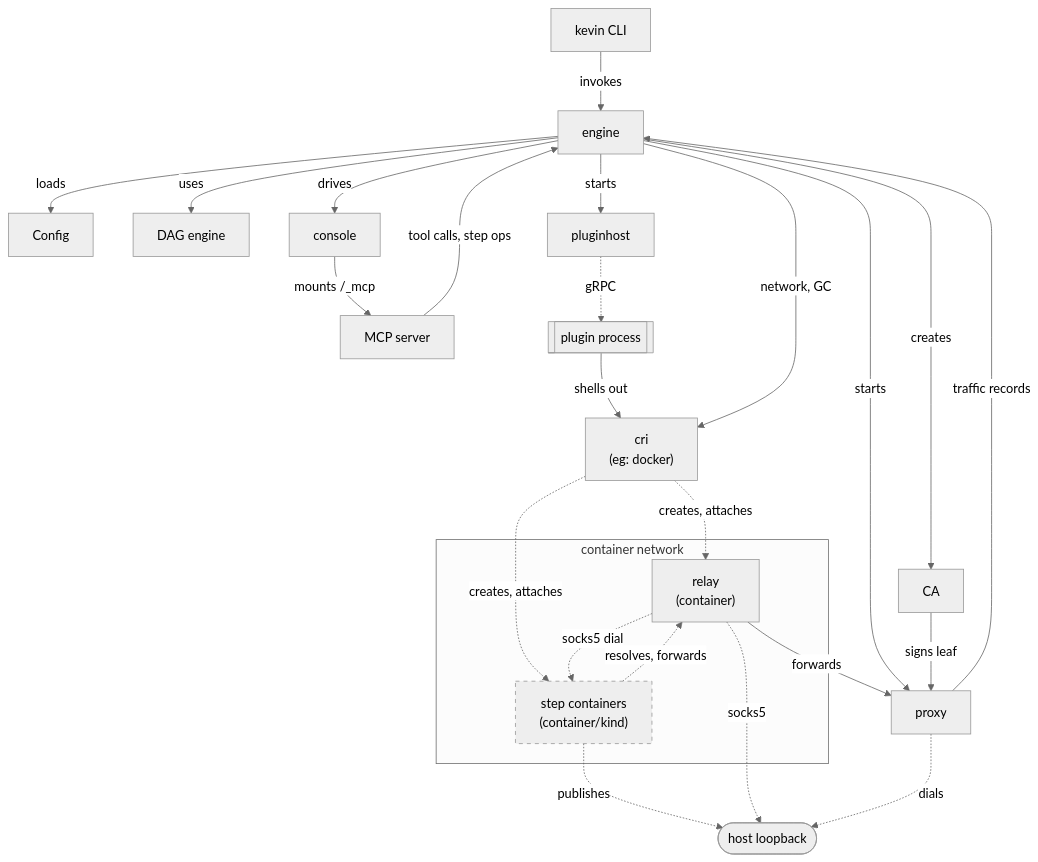
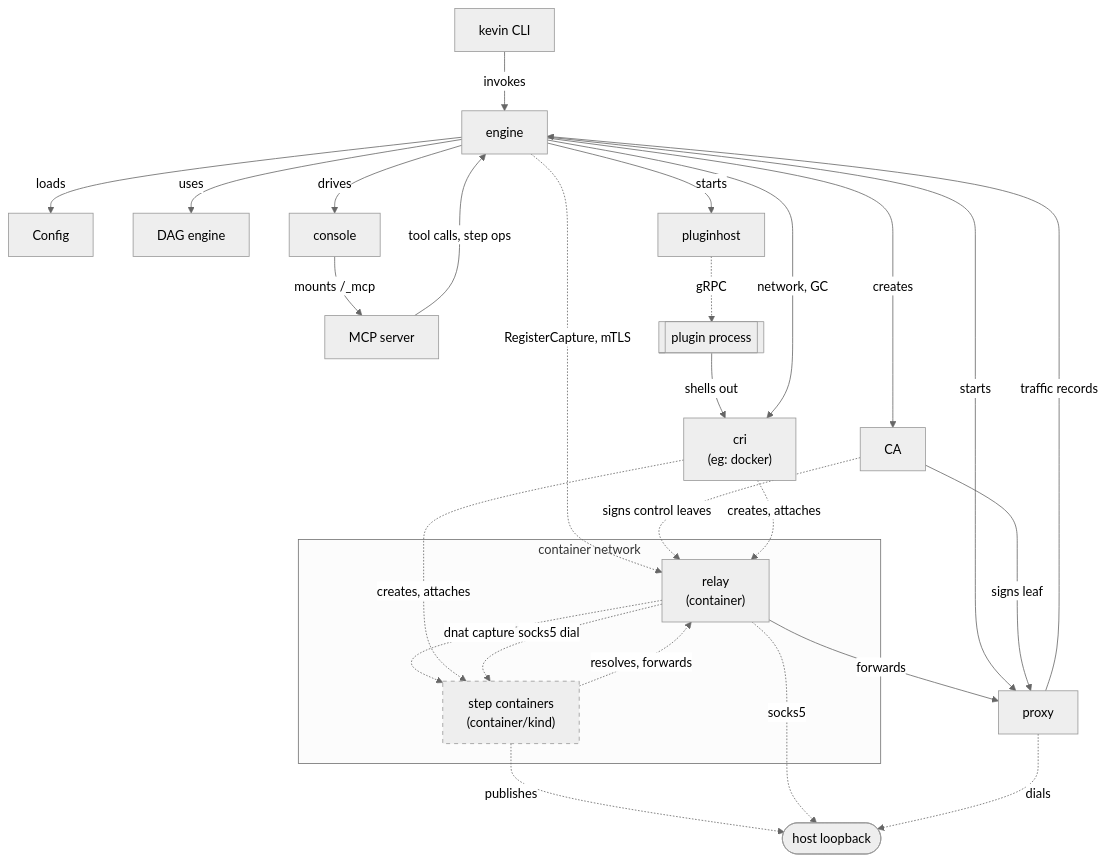
The diagram in docs/site/content/docs/concepts/architecture.md (justenwalker/kevin), drawn with Mermaid (neutral theme) before and after one commit. The commit also changed other lines of this file and 19 other files, not shown here.

````diff
--- a/docs/site/content/docs/concepts/architecture.md
+++ b/docs/site/content/docs/concepts/architecture.md
@@ -12,46 +12,49 @@
 ```mermaid
 graph TD
     CLI["kevin CLI"]
     ENG[engine]
     CFG["Config"]
     DAG["DAG engine"]
     HOST[pluginhost]
     CON[console]
     CA["CA"]
     MCPN[MCP server]
     PLUG[["plugin process"]]
     CRI["cri<br/>(eg: docker)"]
     PROXY[proxy]
     LOOP(["host loopback"])
 
     subgraph DOCKERNET["container network"]
         RELAY["relay<br/>(container)"]
         STEPC["step containers<br/>(container/kind)"]
     end
 
     CLI -->|invokes| ENG
     ENG -->|loads| CFG
     ENG -->|uses| DAG
     ENG -->|starts| HOST
     ENG -->|drives| CON
     ENG -->|creates| CA
     CON -->|mounts /_mcp| MCPN
     MCPN -->|tool calls, step ops| ENG
     HOST -.gRPC.-> PLUG
     PLUG -->|shells out| CRI
     ENG -->|network, GC| CRI
     STEPC -.->|publishes| LOOP
     STEPC -.->|resolves, forwards| RELAY
+    RELAY -.->|dnat capture| STEPC
     RELAY -.->|socks5| LOOP
     PROXY -.->|dials| LOOP
     RELAY -->|forwards| PROXY
     ENG -->|starts| PROXY
+    ENG -.->|RegisterCapture, mTLS| RELAY
     CA -->|signs leaf| PROXY
+    CA -.->|signs control leaves| RELAY
     CRI -.->|creates, attaches| RELAY
     CRI -.->|creates, attaches| STEPC
     RELAY -.->|socks5 dial| STEPC
     PROXY -->|traffic records| ENG
 
     classDef dashedNode stroke-dasharray: 5 5
     class STEPC dashedNode
 ```
````
